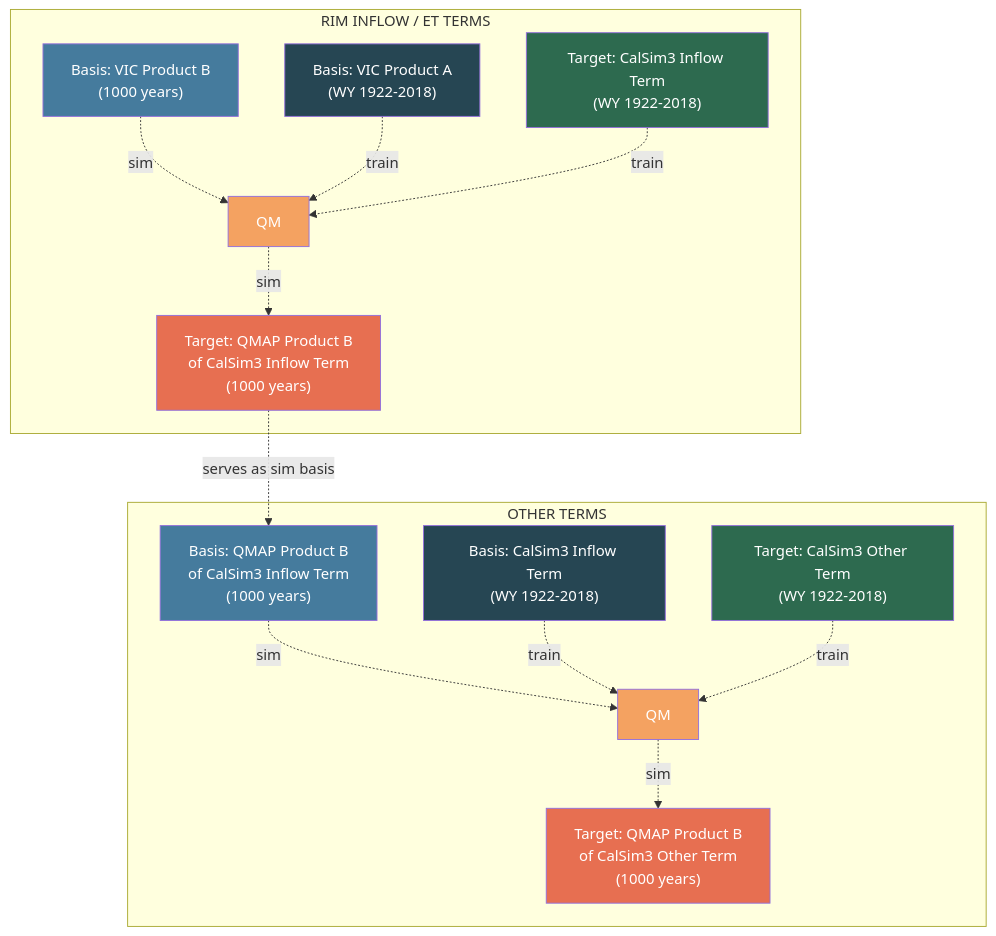
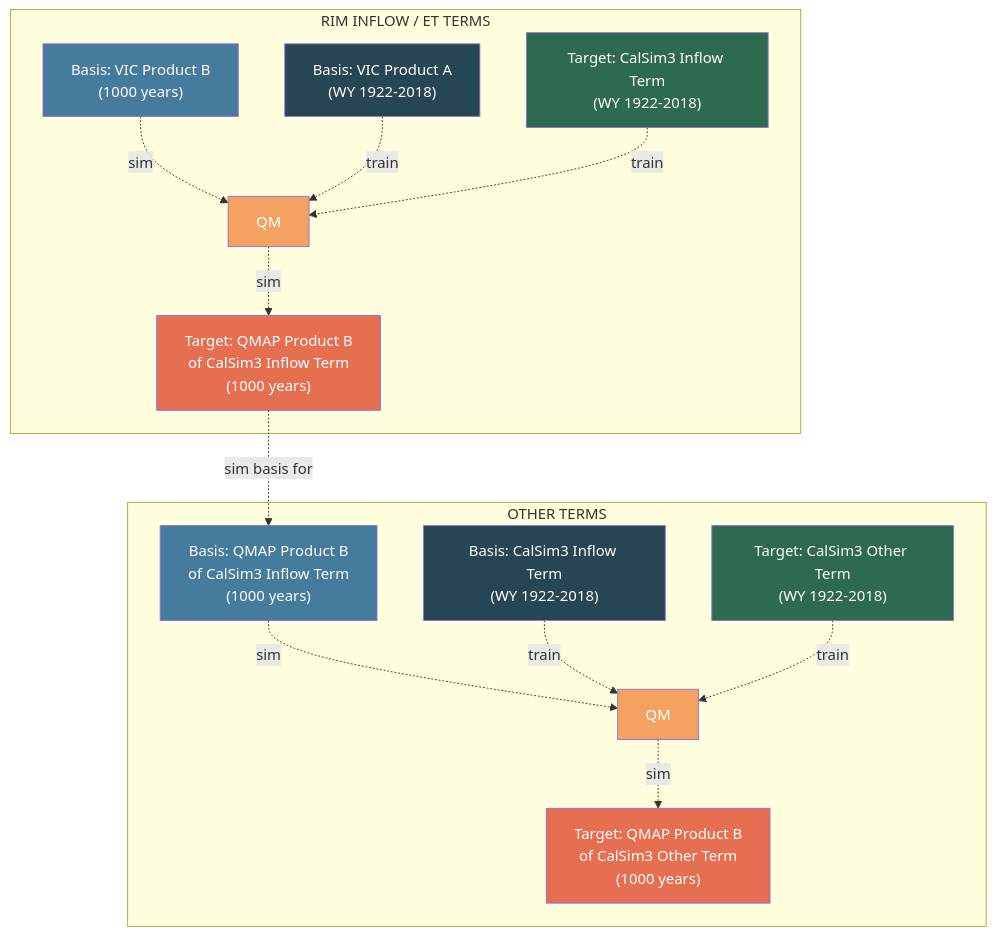
Before and after one commit to CentralValleyModeling/calsim3-stochastic-input-generation: the fourth of 4 diagrams in docs/source/methods.md, drawn with Mermaid. The commit also changed other lines of this file and 24 other files, not shown here.

````diff
--- a/docs/source/methods.md
+++ b/docs/source/methods.md
@@ -169,27 +169,27 @@
 ```{mermaid}
 flowchart TB
     subgraph rim_b["RIM INFLOW / ET TERMS"]
         RB_sim["Basis: VIC Product B<br/>(1000 years)"] -. sim .-> RB_qm["QM"]
         RB_basis["Basis: VIC Product A<br/>(WY 1922-2018)"] -. train .-> RB_qm
         RB_target["Target: CalSim3 Inflow Term<br/>(WY 1922-2018)"] -. train .-> RB_qm -. sim .-> RB_out["Target: QMAP Product B<br/>of CalSim3 Inflow Term<br/>(1000 years)"]
     end
 
     subgraph other_b["OTHER TERMS"]
         OB_sim["Basis: QMAP Product B<br/>of CalSim3 Inflow Term<br/>(1000 years)"] -. sim .-> OB_qm["QM"]
         OB_basis["Basis: CalSim3 Inflow Term<br/>(WY 1922-2018)"] -. train .-> OB_qm
         OB_target["Target: CalSim3 Other Term<br/>(WY 1922-2018)"] -. train .-> OB_qm -. sim .-> OB_out["Target: QMAP Product B<br/>of CalSim3 Other Term<br/>(1000 years)"]
     end
 
-    RB_out -.->|"serves as sim basis"| OB_sim
+    RB_out -.->|"sim basis for"| OB_sim
 
     style RB_basis fill:#264653,color:#fff
     style RB_target fill:#2d6a4f,color:#fff
     style OB_basis fill:#264653,color:#fff
     style OB_target fill:#2d6a4f,color:#fff
     style RB_sim fill:#457b9d,color:#fff
     style OB_sim fill:#457b9d,color:#fff
     style RB_qm fill:#f4a261,color:#fff
     style OB_qm fill:#f4a261,color:#fff
     style RB_out fill:#e76f51,color:#fff
     style OB_out fill:#e76f51,color:#fff
 ```
````
